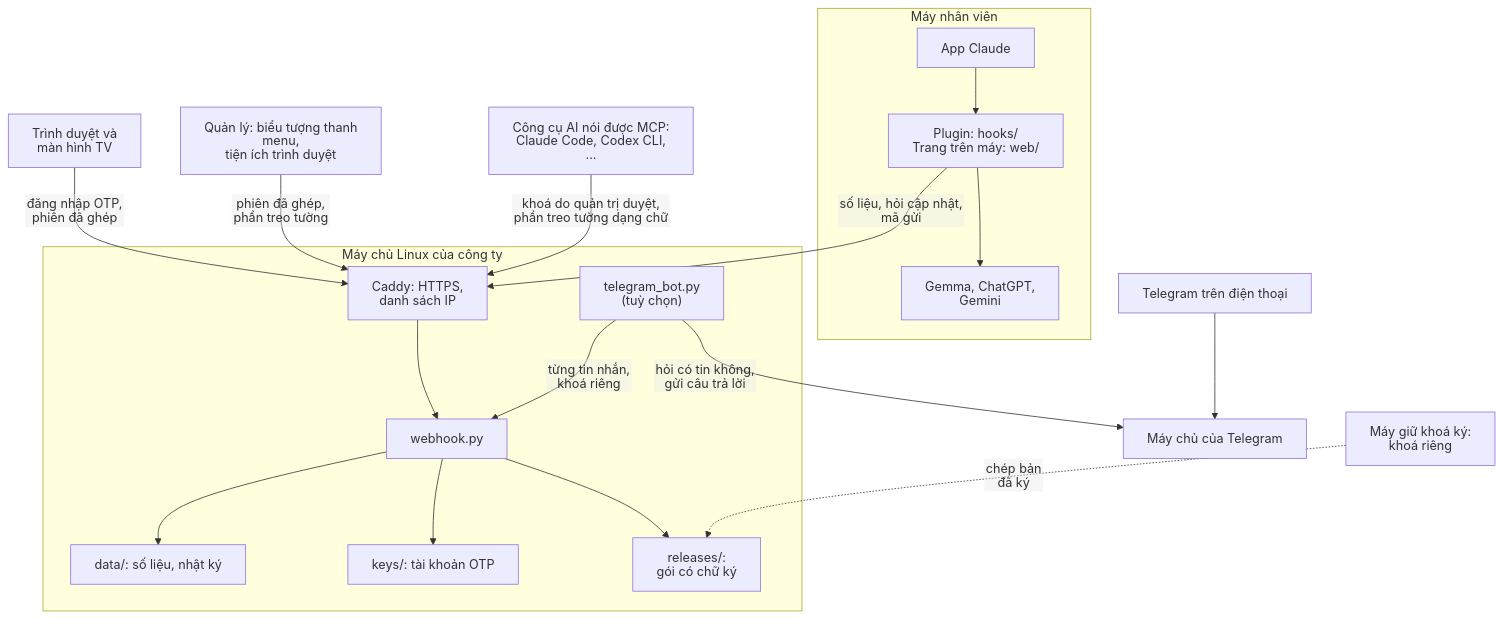
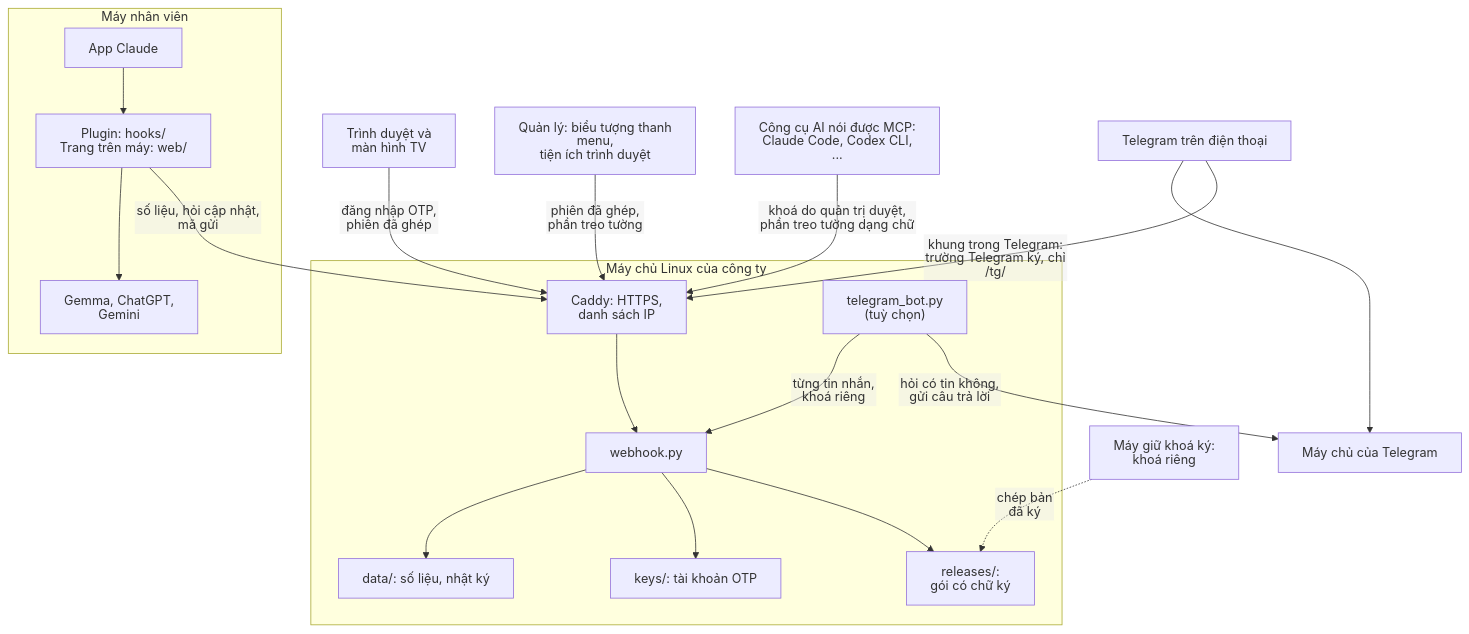
The first of 12 diagrams in docs/ARCHITECTURE.vi.md (anhle9x/ai-worker), drawn with Mermaid before and after one commit. The commit also changed other lines of this file and 33 other files, not shown here.

````diff
--- a/docs/ARCHITECTURE.vi.md
+++ b/docs/ARCHITECTURE.vi.md
@@ -87,28 +92,29 @@
 ```mermaid
 %%{init: {"htmlLabels": false, "flowchart": {"htmlLabels": false}}}%%
 flowchart TD
   subgraph PC["Máy nhân viên"]
     App["App Claude"] --> Plugin["Plugin: hooks/<br/>Trang trên máy: web/"]
     Plugin --> Helpers["Gemma, ChatGPT,<br/>Gemini"]
   end
   Browser["Trình duyệt và<br/>màn hình TV"]
   Mgr["Quản lý: biểu tượng thanh menu,<br/>tiện ích trình duyệt"]
   Tool["Công cụ AI nói được MCP:<br/>Claude Code, Codex CLI, ..."]
   Phone["Telegram trên điện thoại"]
   TG["Máy chủ của Telegram"]
   IT["Máy giữ khoá ký:<br/>khoá riêng"]
   subgraph Server["Máy chủ Linux của công ty"]
     Proxy["Caddy: HTTPS,<br/>danh sách IP"] --> Hook["webhook.py"]
     Hook --> Data["data/: số liệu, nhật ký"]
     Hook --> Keys["keys/: tài khoản OTP"]
     Hook --> Releases["releases/:<br/>gói có chữ ký"]
     Bot["telegram_bot.py<br/>(tuỳ chọn)"] -- "từng tin nhắn,<br/>khoá riêng" --> Hook
   end
   Plugin -- "số liệu, hỏi cập nhật,<br/>mã gửi" --> Proxy
   Browser -- "đăng nhập OTP,<br/>phiên đã ghép" --> Proxy
   Mgr -- "phiên đã ghép,<br/>phần treo tường" --> Proxy
   Tool -- "khoá do quản trị duyệt,<br/>phần treo tường dạng chữ" --> Proxy
   Phone --> TG
+  Phone -- "khung trong Telegram:<br/>trường Telegram ký, chỉ /tg/" --> Proxy
   Bot -- "hỏi có tin không,<br/>gửi câu trả lời" --> TG
   IT -. "chép bản<br/>đã ký" .-> Releases
 ```
````
